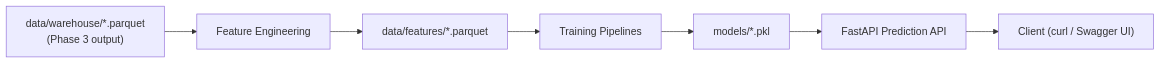
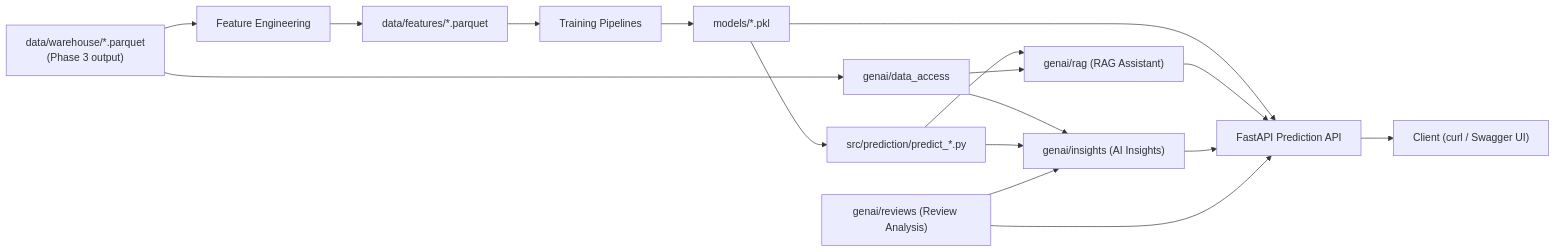
One commit to BhanuHasaranga/hotelmind-ml changed the diagram in README.md. Above: the diagram before and after it, drawn with Mermaid. The commit also changed other lines of this file and 96 other files, not shown here.

First line of the commit message:
Add Phase 5 Generative AI layer (reviews, RAG assistant, insights)

````diff
--- a/README.md
+++ b/README.md
@@ -28,9 +33,20 @@
 ```mermaid
 flowchart LR
     WH["data/warehouse/*.parquet\n(Phase 3 output)"] --> FE["Feature Engineering"]
     FE --> FD["data/features/*.parquet"]
     FD --> TR["Training Pipelines"]
     TR --> MD["models/*.pkl"]
     MD --> API["FastAPI Prediction API"]
     API --> CL["Client (curl / Swagger UI)"]
+
+    WH --> DA["genai/data_access"]
+    MD --> Predict["src/prediction/predict_*.py"]
+    Predict --> RAG["genai/rag (RAG Assistant)"]
+    DA --> RAG
+    DA --> Insights["genai/insights (AI Insights)"]
+    Predict --> Insights
+    Reviews["genai/reviews (Review Analysis)"] --> Insights
+    RAG --> API
+    Insights --> API
+    Reviews --> API
 ```
````
